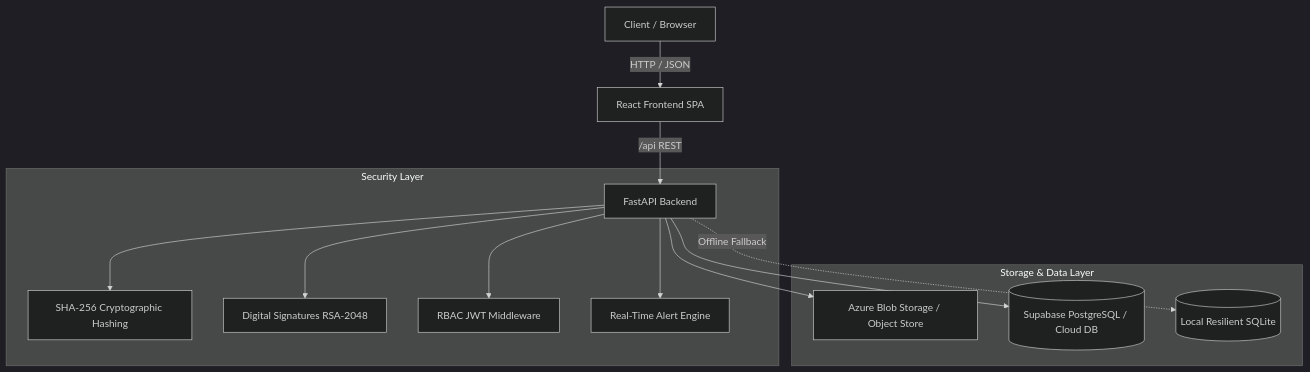
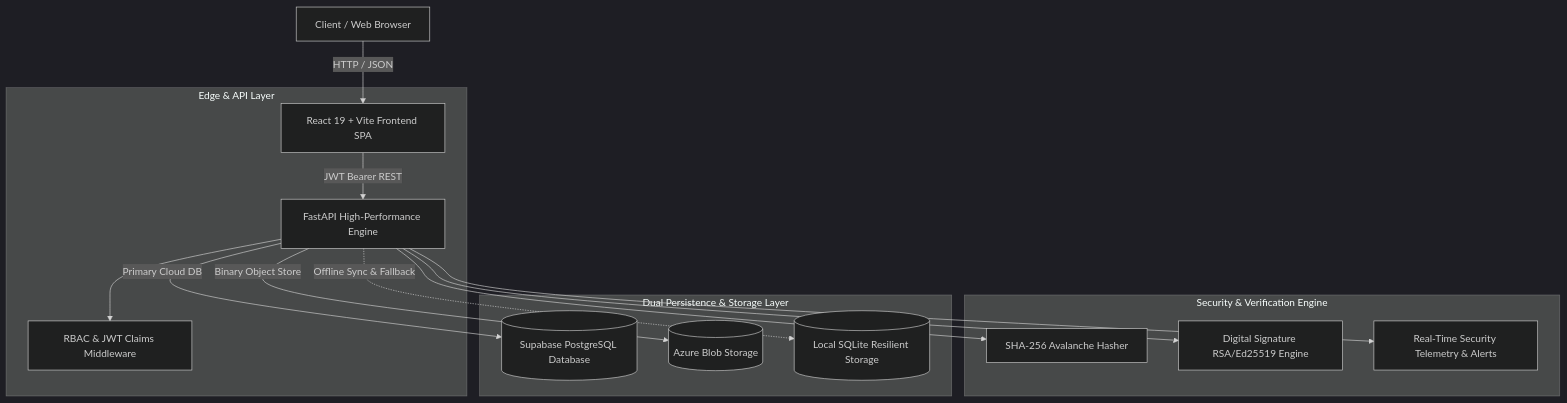
Before and after one commit to Jatin-code16/varitydoc: the first of 2 diagrams in README.md, drawn with Mermaid (dark theme). The commit also changed other lines of this file and 4 other files, not shown here.

````diff
--- a/README.md
+++ b/README.md
@@ -47,18 +63,21 @@
 ```mermaid
 graph TD
-    User[Client / Browser] -->|HTTP / JSON| UI[React Frontend SPA]
-    UI -->|/api REST| API[FastAPI Backend]
+    Client[Client / Web Browser] -->|HTTP / JSON| Frontend[React 19 + Vite Frontend SPA]
     
-    subgraph Security Layer
-    API --> HMAC[SHA-256 Cryptographic Hashing]
-    API --> Sign[Digital Signatures RSA-2048]
-    API --> RBAC[RBAC JWT Middleware]
-    API --> Alerts[Real-Time Alert Engine]
+    subgraph Edge & API Layer
+    Frontend -->|JWT Bearer REST| API[FastAPI High-Performance Engine]
+    API --> Auth[RBAC & JWT Claims Middleware]
     end
-    
-    subgraph Storage & Data Layer
-    API --> Blob[Azure Blob Storage / Object Store]
-    API --> DB[(Supabase PostgreSQL / Cloud DB)]
-    API -.->|Offline Fallback| LocalDB[(Local Resilient SQLite)]
+
+    subgraph Security & Verification Engine
+    API --> HashService[SHA-256 Avalanche Hasher]
+    API --> SigService[Digital Signature RSA/Ed25519 Engine]
+    API --> AlertEngine[Real-Time Security Telemetry & Alerts]
+    end
+
+    subgraph Dual Persistence & Storage Layer
+    API -->|Primary Cloud DB| Supabase[(Supabase PostgreSQL Database)]
+    API -->|Binary Object Store| AzureBlob[(Azure Blob Storage)]
+    API -.->|Offline Sync & Fallback| SQLite[(Local SQLite Resilient Storage)]
     end
 ```
````
